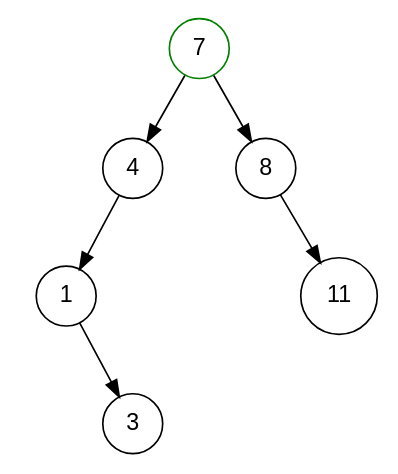
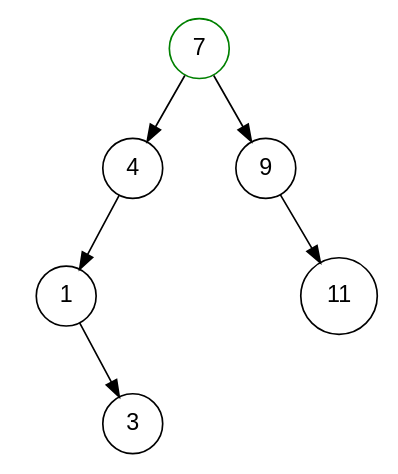
One commit to aaronbloomfield/pdr changed the diagram in slides/graphs/bst-12.dot. Above: the diagram before and after it, drawn with Graphviz. The commit also changed 18 other files, not shown here.

```diff
--- a/slides/graphs/bst-12.dot
+++ b/slides/graphs/bst-12.dot
@@ -1,33 +1,33 @@
 digraph G {
 	graph [fontname = "Helvetica"];
 	node [fontname = "Helvetica",shape=circle];
 	edge [fontname = "Helvetica"];
 
 	7 [color=green];
 	7 -> 4;
 	null1 [label="", width=0.1, style=invis];
 	7 -> null1 [style=invis];
-	7 -> 8;
-	{rank=same 4 -> null1 -> 8 [style=invis]};
+	7 -> 9;
+	{rank=same 4 -> null1 -> 9 [style=invis]};
 	
 	4 -> 1;
 	null2 [label="", width=0.1, style=invis];
 	4 -> null2 [style=invis];
 	null3 [label="", width=0.1, style=invis];
 	4 -> null3 [style=invis];
 	{rank=same 1 -> null2 -> null3 [style=invis]};
 	
 	null4 [label="", width=0.1, style=invis];
 	1 -> null4 [style=invis];
 	null5 [label="", width=0.1, style=invis];
 	1 -> null5 [style=invis];
 	1 -> 3;
 	{rank=same null4 -> null5 -> 3 [style=invis]};
 
 	null7 [label="", width=0.1, style=invis];
-	8 -> null7 [style=invis];
+	9 -> null7 [style=invis];
 	null6 [label="", width=0.1, style=invis];
-	8 -> null6 [style=invis];
-	8 -> 11;
+	9 -> null6 [style=invis];
+	9 -> 11;
 	{rank=same null7 -> null6 -> 11 [style=invis]};
 }
```
